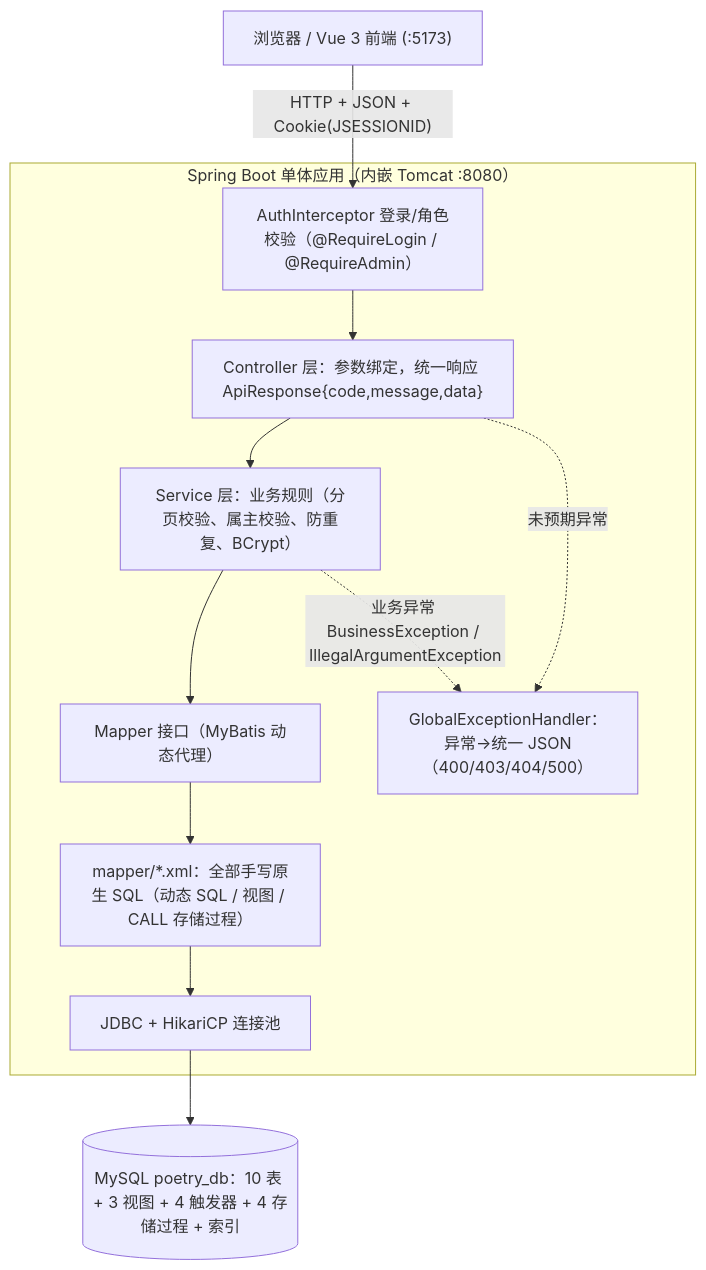
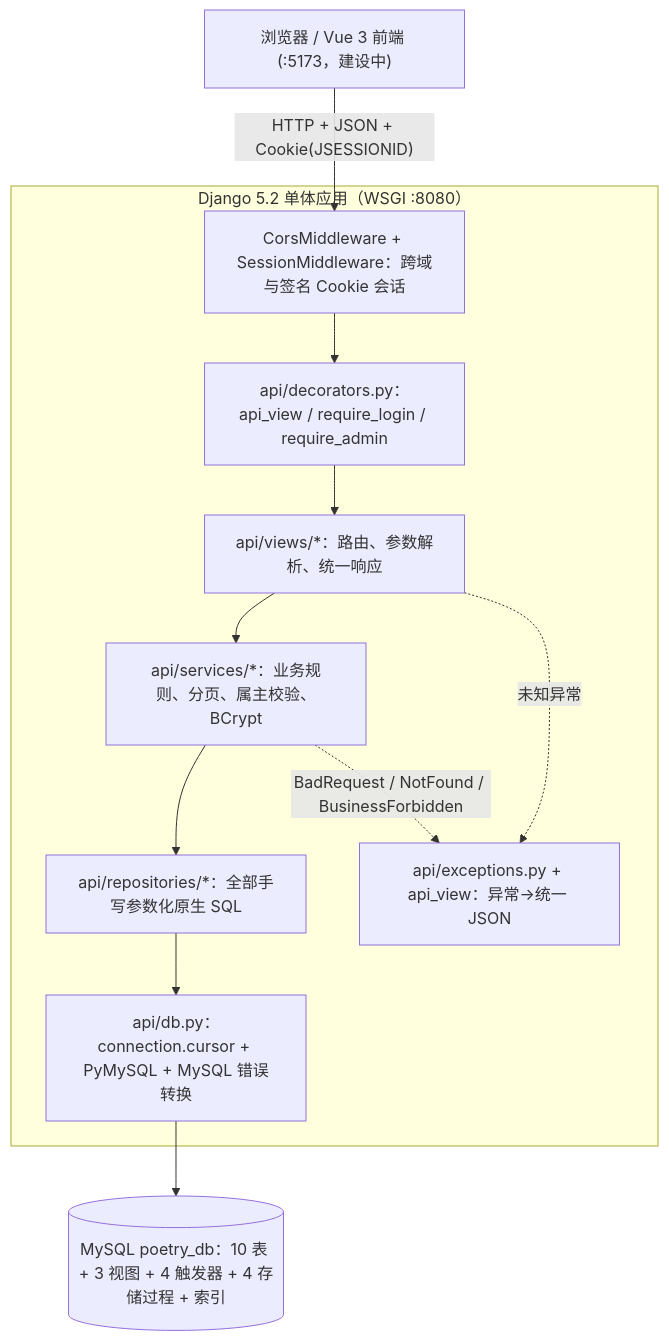
One commit to ocean-2514/database changed the diagram in docs/报告素材/02-系统架构与实现.md. Above: the diagram before and after it, drawn with Mermaid. The commit also changed other lines of this file and 126 other files, not shown here.

````diff
--- a/docs/报告素材/02-系统架构与实现.md
+++ b/docs/报告素材/02-系统架构与实现.md
@@ -7,19 +7,19 @@
 ```mermaid
 flowchart TB
-    B["浏览器 / Vue 3 前端 (:5173)"]
-    subgraph APP["Spring Boot 单体应用（内嵌 Tomcat :8080）"]
-        I["AuthInterceptor 登录/角色校验（@RequireLogin / @RequireAdmin）"]
-        C["Controller 层：参数绑定，统一响应 ApiResponse{code,message,data}"]
-        S["Service 层：业务规则（分页校验、属主校验、防重复、BCrypt）"]
-        M["Mapper 接口（MyBatis 动态代理）"]
-        X["mapper/*.xml：全部手写原生 SQL（动态 SQL / 视图 / CALL 存储过程）"]
-        J["JDBC + HikariCP 连接池"]
-        E["GlobalExceptionHandler：异常→统一 JSON（400/403/404/500）"]
+    B["浏览器 / Vue 3 前端 (:5173，建设中)"]
+    subgraph APP["Django 5.2 单体应用（WSGI :8080）"]
+        MW["CorsMiddleware + SessionMiddleware：跨域与签名 Cookie 会话"]
+        D["api/decorators.py：api_view / require_login / require_admin"]
+        V["api/views/*：路由、参数解析、统一响应"]
+        S["api/services/*：业务规则、分页、属主校验、BCrypt"]
+        R["api/repositories/*：全部手写参数化原生 SQL"]
+        X["api/db.py：connection.cursor + PyMySQL + MySQL 错误转换"]
+        E["api/exceptions.py + api_view：异常→统一 JSON"]
     end
-    D[("MySQL poetry_db：10 表 + 3 视图 + 4 触发器 + 4 存储过程 + 索引")]
+    DB[("MySQL poetry_db：10 表 + 3 视图 + 4 触发器 + 4 存储过程 + 索引")]
 
-    B -- "HTTP + JSON + Cookie(JSESSIONID)" --> I
-    I --> C --> S --> M --> X --> J --> D
-    S -. "业务异常 BusinessException / IllegalArgumentException" .-> E
-    C -. "未预期异常" .-> E
+    B -- "HTTP + JSON + Cookie(JSESSIONID)" --> MW
+    MW --> D --> V --> S --> R --> X --> DB
+    S -. "BadRequest / NotFound / BusinessForbidden" .-> E
+    V -. "未知异常" .-> E
 ```
````
